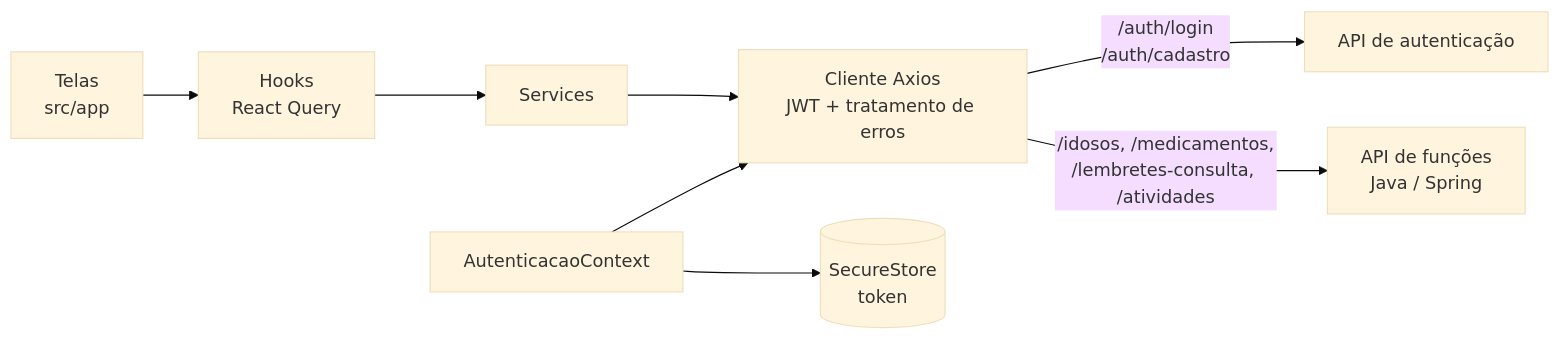
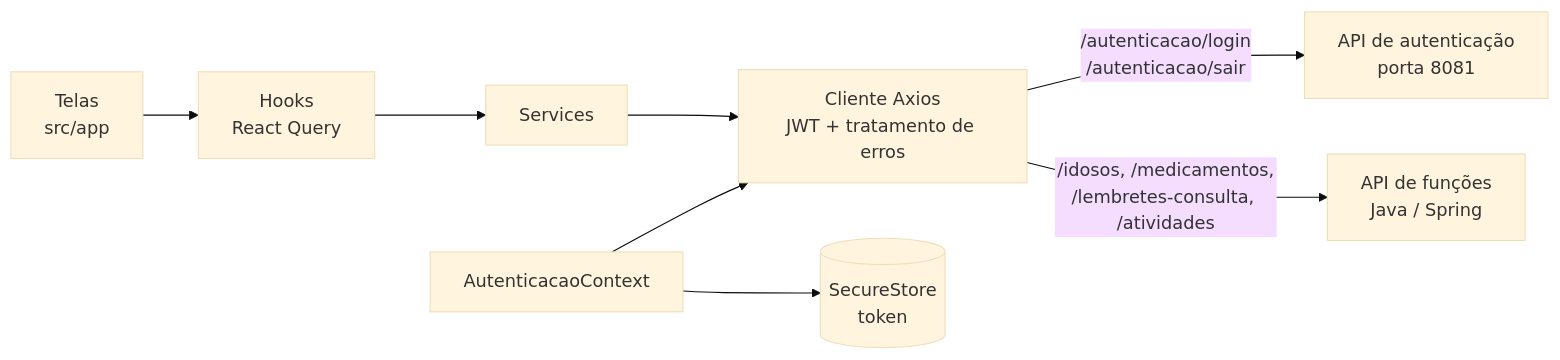
The diagram in README.md (CitieZen-GS/Mobile), drawn with Mermaid (base theme) before and after one commit. The commit also changed other lines of this file and 7 other files, not shown here.

First line of the commit message:
feat(autenticacao): integra com a API de autenticação real (/autenticacao)

````diff
--- a/README.md
+++ b/README.md
@@ -105,10 +105,10 @@
 ```mermaid
 flowchart LR
   T[Telas<br/>src/app] --> H[Hooks<br/>React Query]
   H --> S[Services]
   S --> A[Cliente Axios<br/>JWT + tratamento de erros]
-  A -->|/auth/login<br/>/auth/cadastro| AUTH[API de autenticação]
+  A -->|/autenticacao/login<br/>/autenticacao/sair| AUTH[API de autenticação<br/>porta 8081]
   A -->|/idosos, /medicamentos,<br/>/lembretes-consulta, /atividades| API[API de funções<br/>Java / Spring]
   C[AutenticacaoContext] --> SS[(SecureStore<br/>token)]
   C --> A
 ```
````
